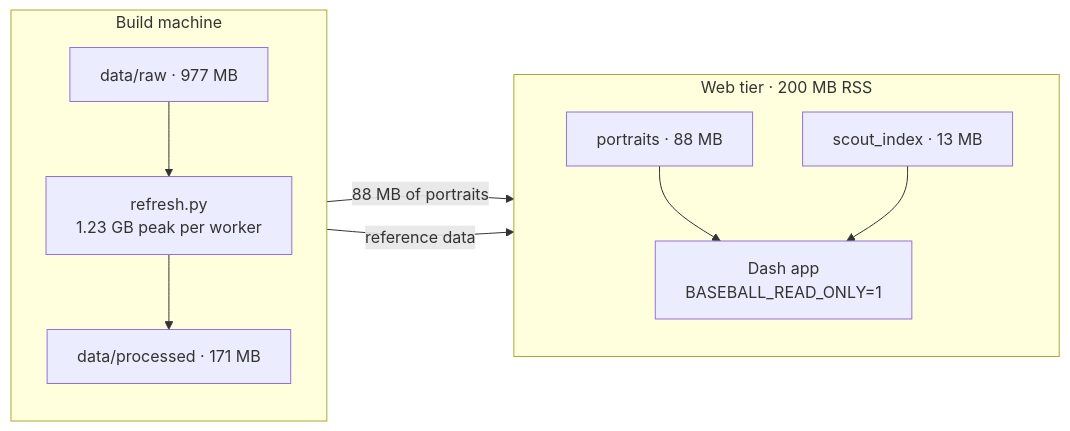
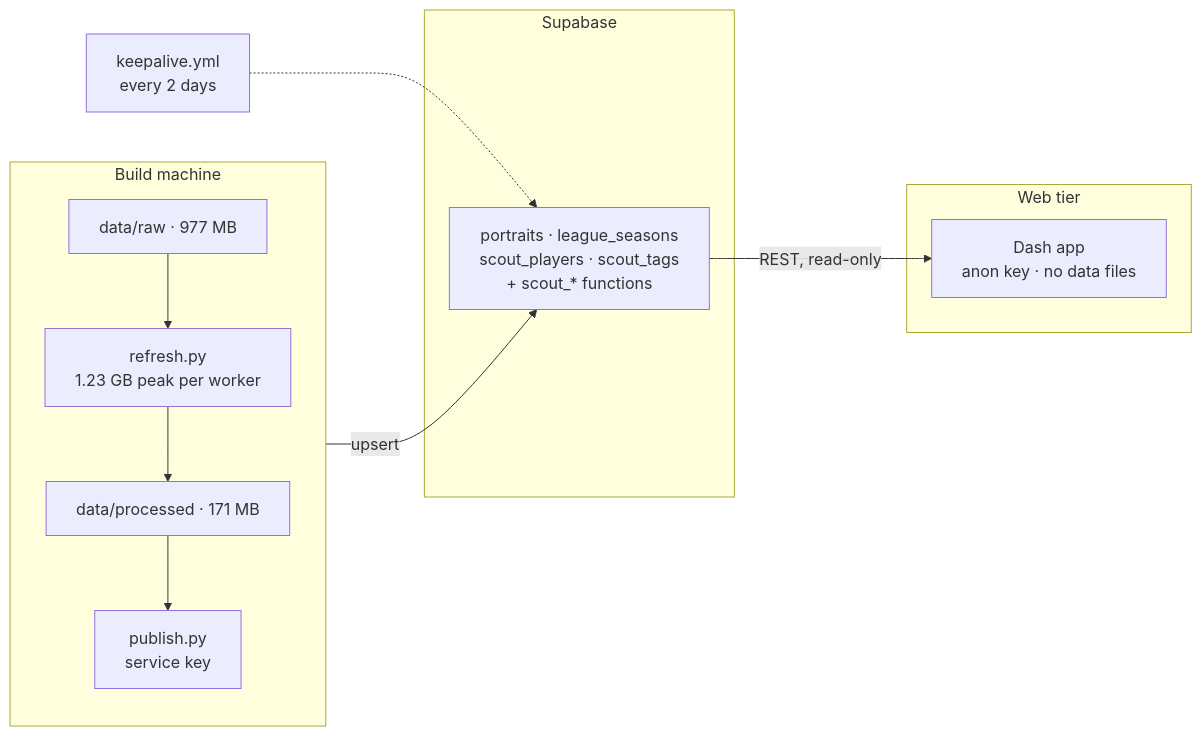
One commit to SebastianAbarca/baseball-analytics changed the seventh of 7 diagrams in docs/ARCHITECTURE.md. Above: the diagram before and after it, drawn with Mermaid. The commit also changed other lines of this file and 21 other files, not shown here.

````diff
--- a/docs/ARCHITECTURE.md
+++ b/docs/ARCHITECTURE.md
@@ -269,22 +296,23 @@
 ```mermaid
 flowchart LR
     subgraph build["Build machine"]
         direction TB
         RAW2["data/raw · 977 MB"]
         REF["refresh.py<br/>1.23 GB peak per worker"]
         PROC["data/processed · 171 MB"]
-        RAW2 --> REF --> PROC
+        PUB["publish.py<br/>service key"]
+        RAW2 --> REF --> PROC --> PUB
     end
 
-    subgraph web["Web tier · 200 MB RSS"]
-        direction TB
-        PORT["portraits · 88 MB"]
-        IDX["scout_index · 13 MB"]
-        APP["Dash app<br/>BASEBALL_READ_ONLY=1"]
-        PORT --> APP
-        IDX --> APP
+    subgraph db["Supabase"]
+        T["portraits · league_seasons<br/>scout_players · scout_tags<br/>+ scout_* functions"]
     end
 
-    REF -->|"88 MB of portraits"| PORT
-    REF -->|"reference data"| IDX
+    subgraph web["Web tier"]
+        APP["Dash app<br/>anon key · no data files"]
+    end
+
+    PUB -->|"upsert"| T
+    T -->|"REST, read-only"| APP
+    KA["keepalive.yml<br/>every 2 days"] -.-> T
 ```
````
